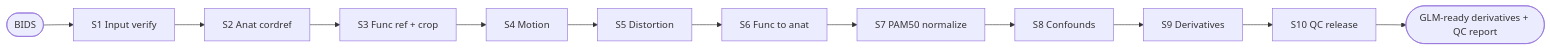
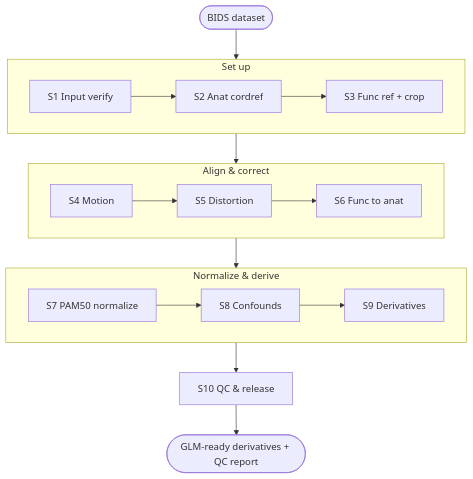
Before and after one commit to SpinePrep/SpinePrep: the diagram in README.md, drawn with Mermaid.

Commit message:
docs(readme): phase-grouped mermaid pipeline (fits width, literal &)
Group S1-S10 into Set up / Align & correct / Normalize & derive / QC & release
subgraphs so the diagram fits the README column instead of one very wide row.
Validated rendering with the exact block.

````diff
--- a/README.md
+++ b/README.md
@@ -41,7 +41,19 @@
 ```mermaid
-flowchart LR
-  IN([BIDS]) --> S1[S1 Input verify] --> S2[S2 Anat cordref] --> S3[S3 Func ref + crop]
-  S3 --> S4[S4 Motion] --> S5[S5 Distortion] --> S6[S6 Func to anat]
-  S6 --> S7[S7 PAM50 normalize] --> S8[S8 Confounds] --> S9[S9 Derivatives] --> S10[S10 QC release]
-  S10 --> OUT([GLM-ready derivatives + QC report])
+flowchart TB
+  IN([BIDS dataset]) --> P
+  subgraph P ["Set up"]
+    direction LR
+    S1[S1 Input verify] --> S2[S2 Anat cordref] --> S3[S3 Func ref + crop]
+  end
+  P --> C
+  subgraph C ["Align & correct"]
+    direction LR
+    S4[S4 Motion] --> S5[S5 Distortion] --> S6[S6 Func to anat]
+  end
+  C --> N
+  subgraph N ["Normalize & derive"]
+    direction LR
+    S7[S7 PAM50 normalize] --> S8[S8 Confounds] --> S9[S9 Derivatives]
+  end
+  N --> S10["S10 QC & release"] --> OUT([GLM-ready derivatives + QC report])
 ```
````
